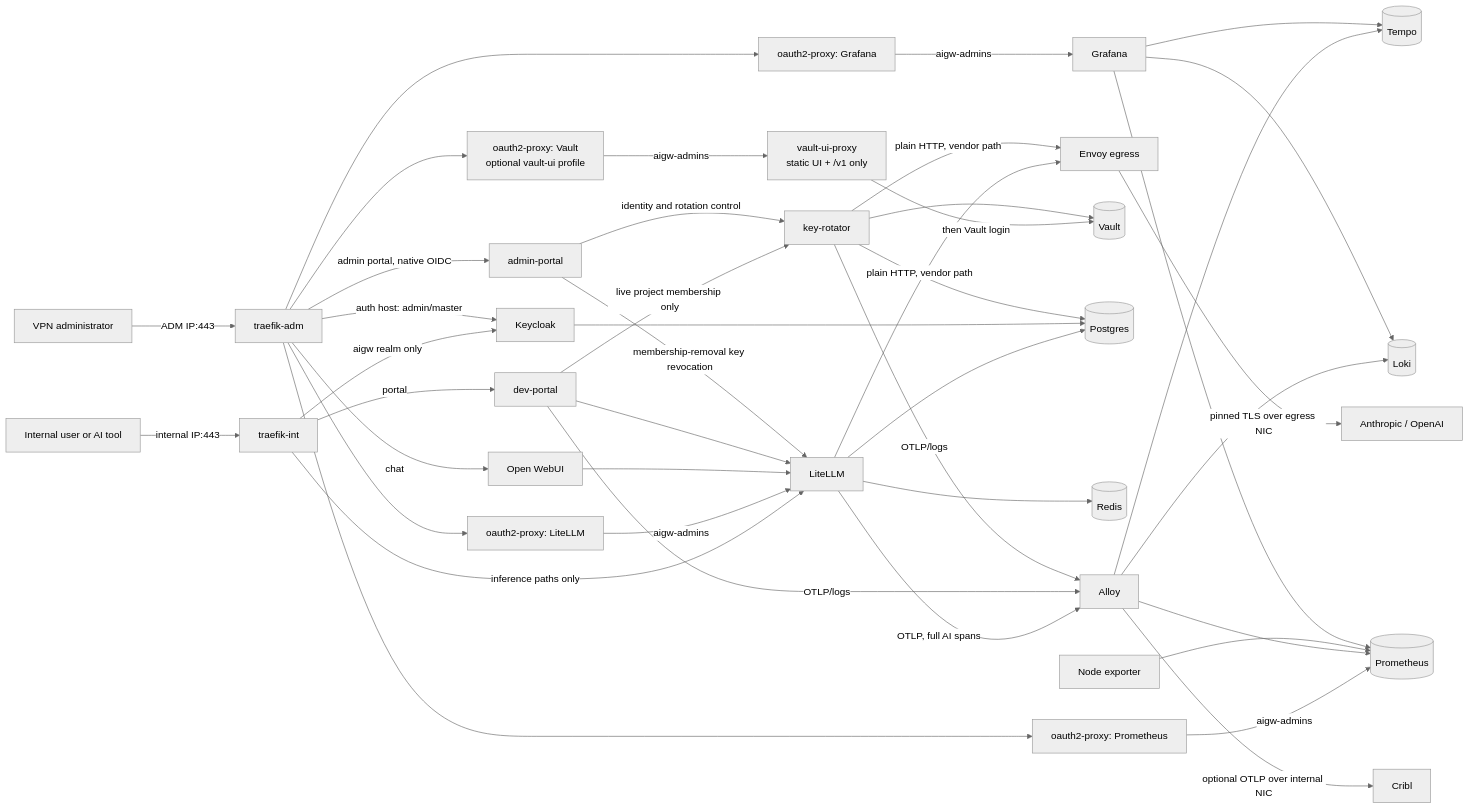
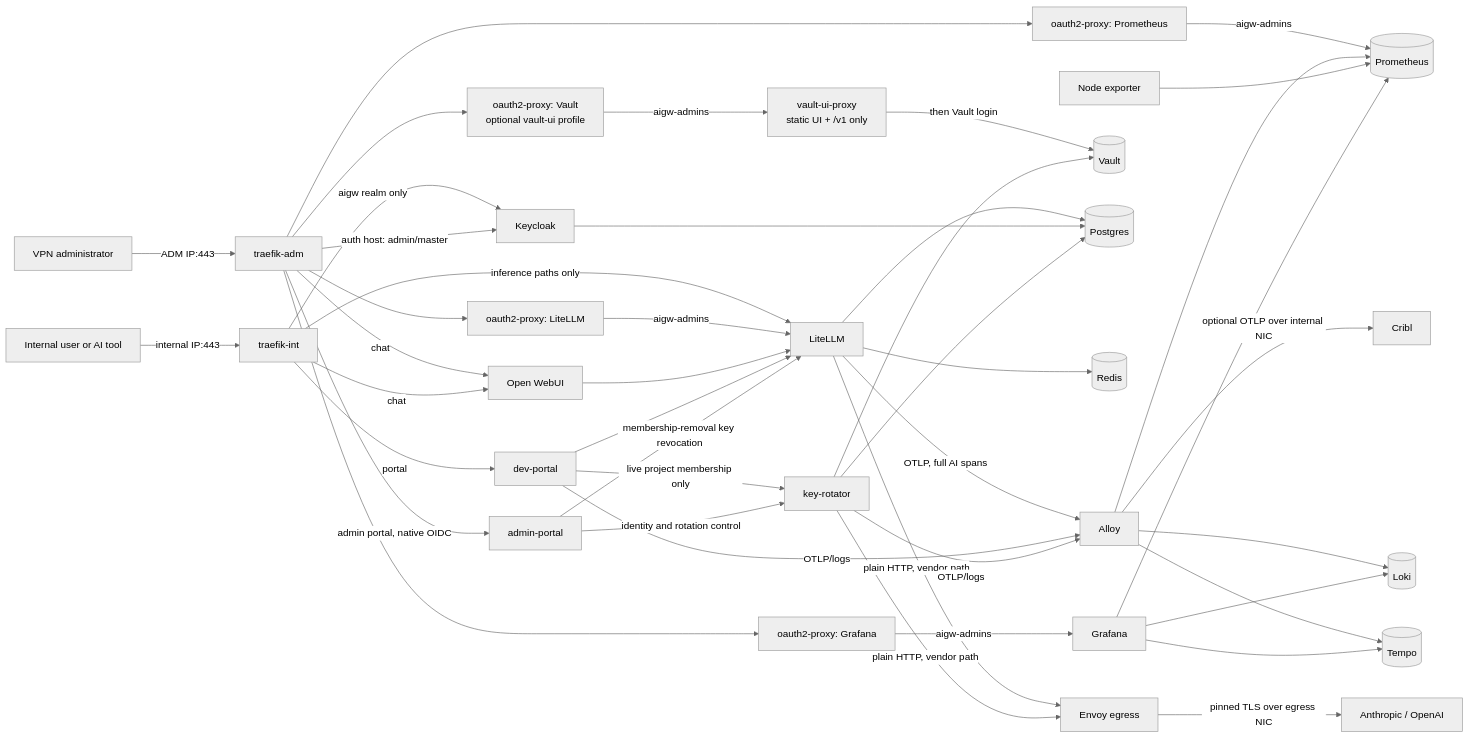
Before and after one commit to derhornspieler/ai-gateway: the diagram in docs/solution-map.md, drawn with Mermaid (neutral theme). The commit also changed other lines of this file and 10 other files, not shown here.

````diff
--- a/docs/solution-map.md
+++ b/docs/solution-map.md
@@ -252,47 +254,48 @@
 ```mermaid
 flowchart LR
   U[Internal user or AI tool] -->|internal IP:443| TI[traefik-int]
   A[VPN administrator] -->|ADM IP:443| TA[traefik-adm]
 
   TA -->|chat| OW[Open WebUI]
+  TI -->|chat| OW
   TI -->|inference paths only| LL[LiteLLM]
   TI -->|aigw realm only| KC[Keycloak]
   TI -->|portal| DP[dev-portal]
 
   TA -->|admin portal, native OIDC| AP[admin-portal]
   TA --> O2A[oauth2-proxy: LiteLLM]
   O2A -->|aigw-admins| LL
   TA --> O2G[oauth2-proxy: Grafana]
   O2G -->|aigw-admins| GF[Grafana]
   TA --> O2P[oauth2-proxy: Prometheus]
   O2P -->|aigw-admins| PR[(Prometheus)]
   TA --> O2V[oauth2-proxy: Vault<br/>optional vault-ui profile]
   O2V -->|aigw-admins| VUP[vault-ui-proxy<br/>static UI + /v1 only]
   VUP -->|then Vault login| VT[(Vault)]
   TA -->|auth host: admin/master| KC
 
   OW --> LL
   DP --> LL
   DP -->|live project membership only| KR[key-rotator]
   AP -->|identity and rotation control| KR
   AP -->|membership-removal key revocation| LL
   LL --> PG[(Postgres)]
   KC --> PG
   KR --> PG
   LL --> RD[(Redis)]
   KR --> VT
 
   LL -->|plain HTTP, vendor path| EV[Envoy egress]
   KR -->|plain HTTP, vendor path| EV
   EV -->|pinned TLS over egress NIC| V[Anthropic / OpenAI]
 
   LL -->|OTLP, full AI spans| AL[Alloy]
   DP -->|OTLP/logs| AL
   KR -->|OTLP/logs| AL
   AL --> TP[(Tempo)]
   AL --> LK[(Loki)]
   AL --> PR
   NE[Node exporter] --> PR
   AL -->|optional OTLP over internal NIC| CR[Cribl]
   GF --> TP & LK & PR
 ```
````
